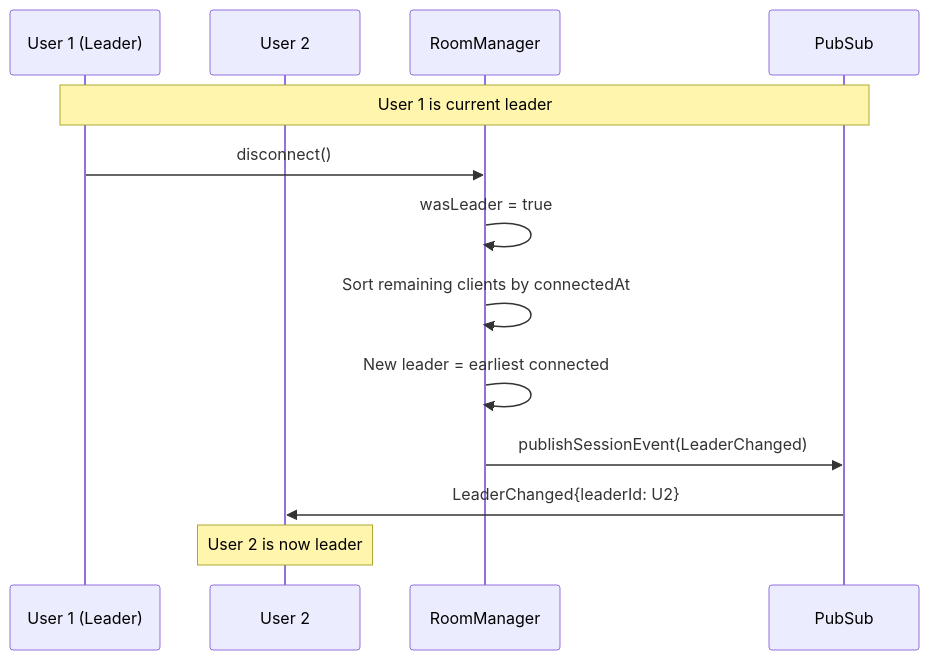
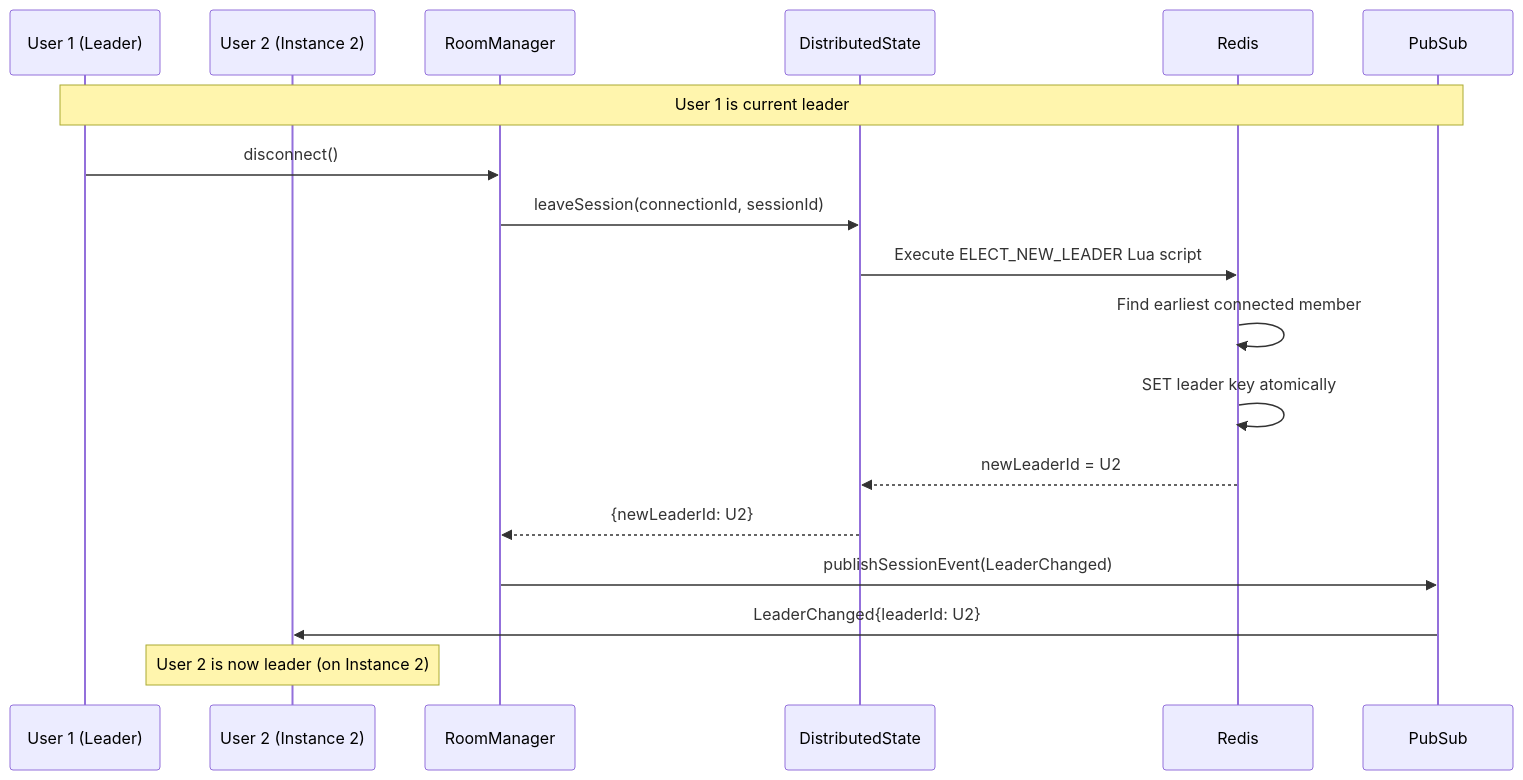
Before and after one commit to marcodejongh/boardsesh: the second of 13 diagrams in docs/websocket-implementation.md, drawn with Mermaid. The commit also changed other lines of this file and 10 other files, not shown here.

````diff
--- a/docs/websocket-implementation.md
+++ b/docs/websocket-implementation.md
@@ -265,18 +281,23 @@
 ```mermaid
 sequenceDiagram
     participant U1 as User 1 (Leader)
-    participant U2 as User 2
+    participant U2 as User 2 (Instance 2)
     participant RM as RoomManager
+    participant DS as DistributedState
+    participant R as Redis
     participant PS as PubSub
 
     Note over U1,PS: User 1 is current leader
 
     U1->>RM: disconnect()
-    RM->>RM: wasLeader = true
-    RM->>RM: Sort remaining clients by connectedAt
-    RM->>RM: New leader = earliest connected
+    RM->>DS: leaveSession(connectionId, sessionId)
+    DS->>R: Execute ELECT_NEW_LEADER Lua script
+    R->>R: Find earliest connected member
+    R->>R: SET leader key atomically
+    R-->>DS: newLeaderId = U2
+    DS-->>RM: {newLeaderId: U2}
     RM->>PS: publishSessionEvent(LeaderChanged)
     PS->>U2: LeaderChanged{leaderId: U2}
 
-    Note over U2: User 2 is now leader
+    Note over U2: User 2 is now leader (on Instance 2)
 ```
````
